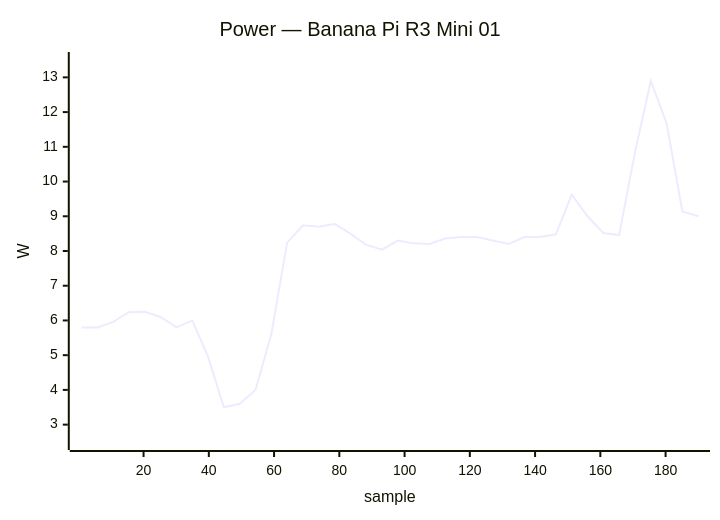
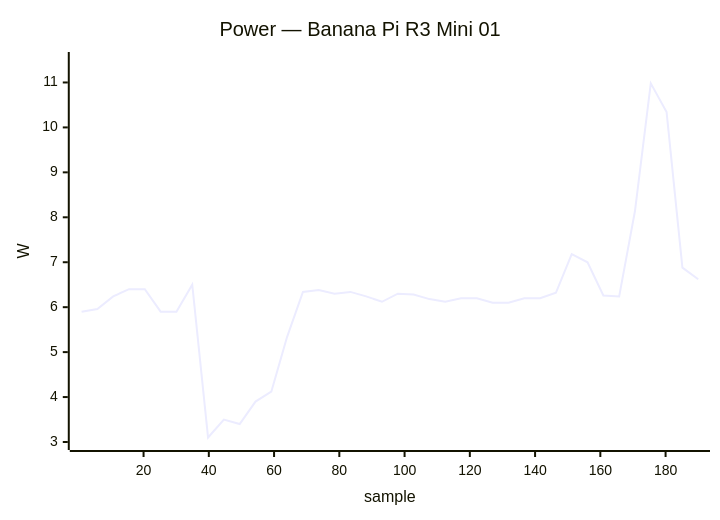
The sixth of 32 diagrams in docs/status/board-tests.md (armbian/documentation), drawn with Mermaid before and after one commit. The commit also changed other lines of this file, not shown here.

````diff
--- a/docs/status/board-tests.md
+++ b/docs/status/board-tests.md
@@ -328,7 +395,7 @@
 ```mermaid
 xychart-beta
     title "Power — Banana Pi R3 Mini 01"
     x-axis "sample" 1 --> 190
-    y-axis "W" 2.5 --> 13.5
-    line [5.80, 5.80, 5.96, 6.24, 6.25, 6.10, 5.80, 6.00, 4.95, 3.50, 3.60, 4.00, 5.60, 8.24, 8.74, 8.70, 8.78, 8.50, 8.18, 8.04, 8.30, 8.22, 8.20, 8.36, 8.40, 8.40, 8.30, 8.20, 8.40, 8.40, 8.48, 9.62, 9.00, 8.52, 8.46, 10.84, 12.90, 11.68, 9.14, 9.00]
+    y-axis "W" 3.0 --> 11.5
+    line [5.90, 5.96, 6.24, 6.40, 6.40, 5.90, 5.90, 6.50, 3.10, 3.50, 3.40, 3.90, 4.12, 5.34, 6.34, 6.38, 6.30, 6.34, 6.24, 6.12, 6.30, 6.28, 6.18, 6.12, 6.20, 6.20, 6.10, 6.10, 6.20, 6.20, 6.32, 7.18, 7.00, 6.26, 6.24, 8.14, 10.98, 10.34, 6.88, 6.62]
 ```
````
